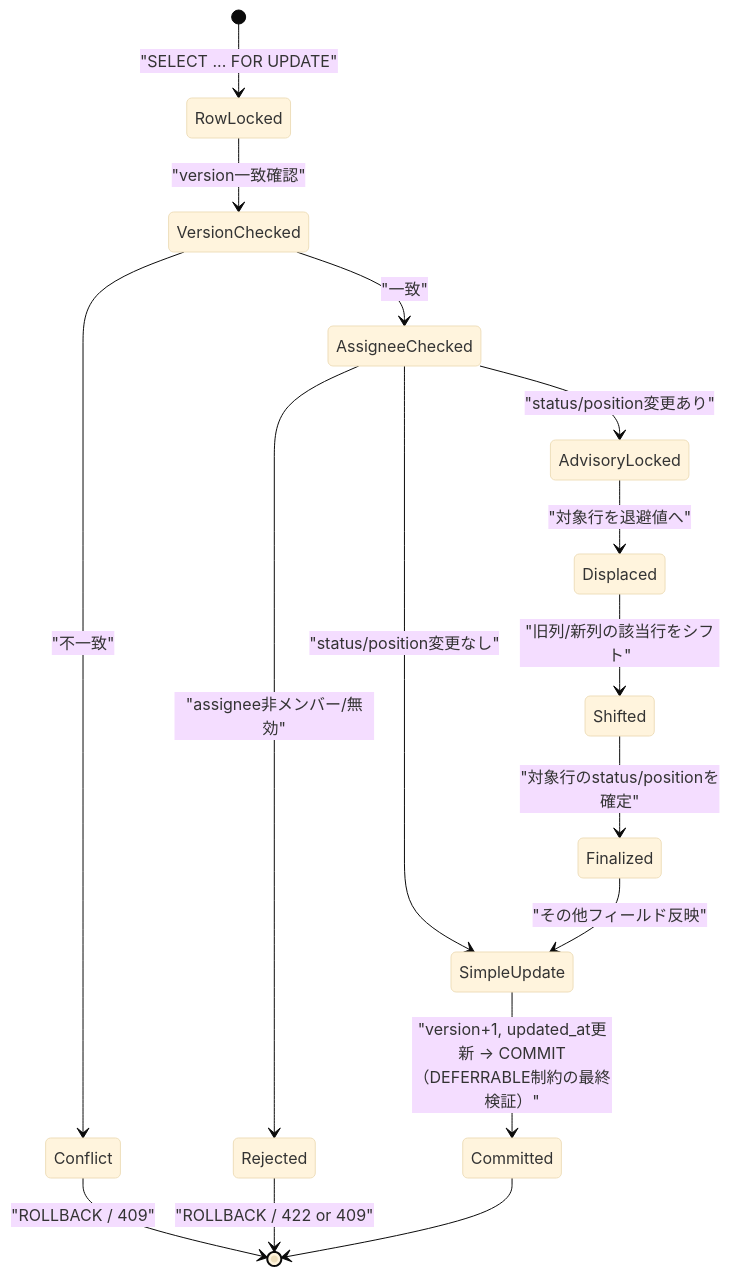
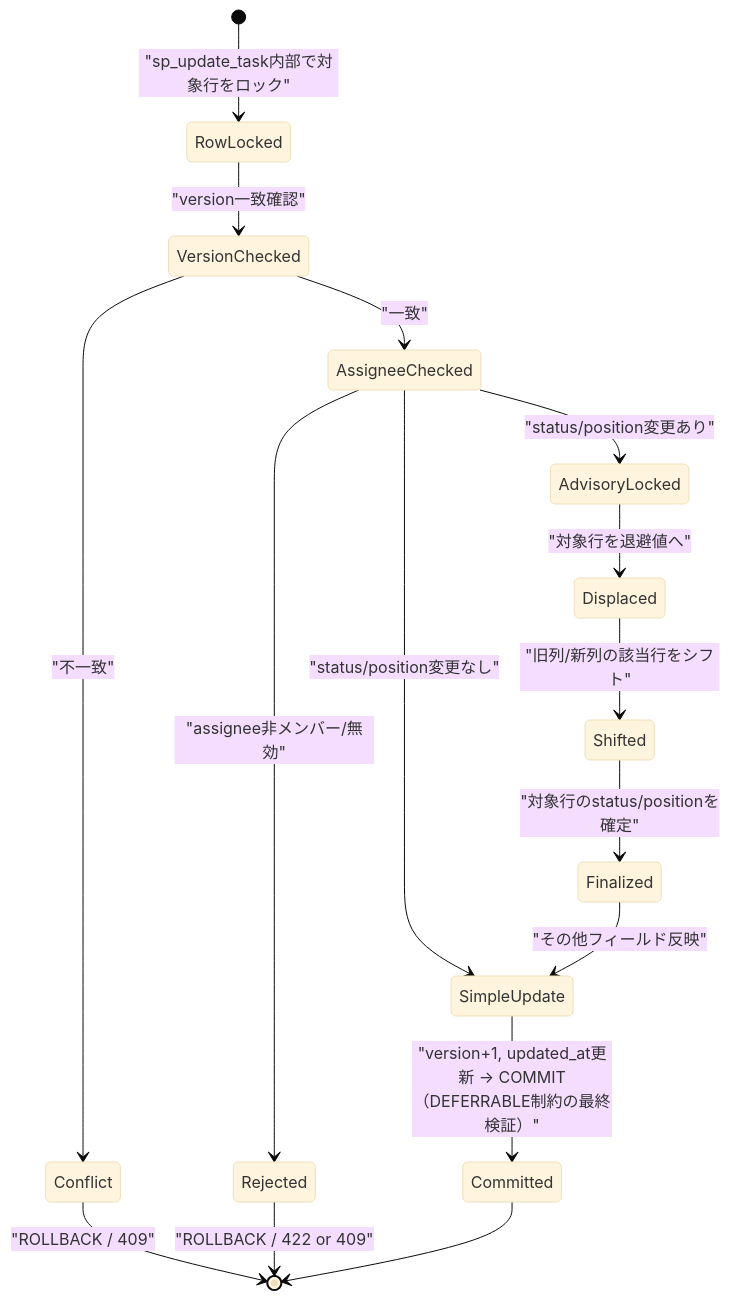
Before and after one commit to oikawa-d/task_management: the fourth of 4 diagrams in detailed_design/api/tasks/04_patch_task.md, drawn with Mermaid (base theme). The commit also changed other lines of this file and 58 other files, not shown here.

````diff
--- a/detailed_design/api/tasks/04_patch_task.md
+++ b/detailed_design/api/tasks/04_patch_task.md
@@ -303,18 +303,18 @@
 ```mermaid
 stateDiagram-v2
-    [*] --> RowLocked: "SELECT ... FOR UPDATE"
+    [*] --> RowLocked: "sp_update_task内部で対象行をロック"
     RowLocked --> VersionChecked: "version一致確認"
     VersionChecked --> Conflict: "不一致"
     Conflict --> [*]: "ROLLBACK / 409"
     VersionChecked --> AssigneeChecked: "一致"
     AssigneeChecked --> Rejected: "assignee非メンバー/無効"
     Rejected --> [*]: "ROLLBACK / 422 or 409"
     AssigneeChecked --> SimpleUpdate: "status/position変更なし"
     AssigneeChecked --> AdvisoryLocked: "status/position変更あり"
     AdvisoryLocked --> Displaced: "対象行を退避値へ"
     Displaced --> Shifted: "旧列/新列の該当行をシフト"
     Shifted --> Finalized: "対象行のstatus/positionを確定"
     Finalized --> SimpleUpdate: "その他フィールド反映"
     SimpleUpdate --> Committed: "version+1, updated_at更新 → COMMIT<br/>（DEFERRABLE制約の最終検証）"
     Committed --> [*]
 ```
````
